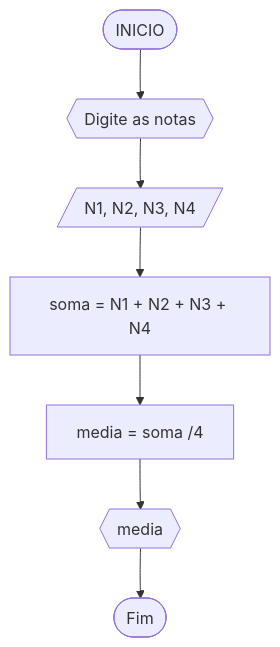
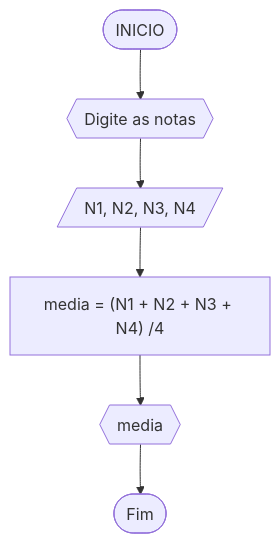
The diagram in RLA/Lista2_exercicios.md (eryckmike/Unifor), drawn with Mermaid before and after one commit.

````diff
--- a/RLA/Lista2_exercicios.md
+++ b/RLA/Lista2_exercicios.md
@@ -4,10 +4,9 @@
 ```mermaid
 flowchart TD
 A([INICIO]) --> B{{Digite as notas}}
 B --> C[/N1, N2, N3, N4/]
-C --> D[soma = N1 + N2 + N3 + N4]
-D --> E[media = soma /4]
-E --> F{{media}}
-F --> G([Fim])
+C --> D["media = (N1 + N2 + N3 + N4) /4"]
+D --> E{{media}}
+E --> F([Fim])
 
 ```  
````
